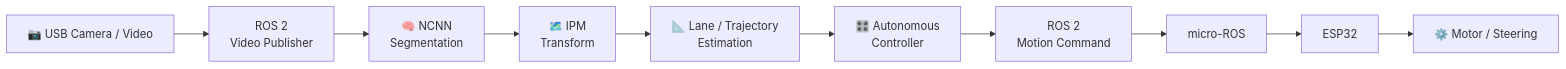
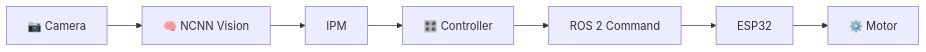
One commit to chanhuynguyen-ai/ROS-2-Micro-ROS-autonomous-robot-with-integrated-computer-vision changed the diagram in README.md. Above: the diagram before and after it, drawn with Mermaid. The commit also changed other lines of this file, not shown here.

````diff
--- a/README.md
+++ b/README.md
@@ -114,24 +68,18 @@
 ```mermaid
 flowchart LR
 
-    CAM["📷 USB Camera / Video"]
-    PUB["ROS 2<br/>Video Publisher"]
-    AI["🧠 NCNN<br/>Segmentation"]
-    IPM["🗺️ IPM<br/>Transform"]
-    NAV["📐 Lane / Trajectory<br/>Estimation"]
-    CTRL["🎛️ Autonomous<br/>Controller"]
-    CMD["ROS 2<br/>Motion Command"]
-    UROS["micro-ROS"]
-    ESP["ESP32"]
-    MOTOR["⚙️ Motor / Steering"]
+CAM["📷 Camera"]
+AI["🧠 NCNN Vision"]
+IPM["IPM"]
+CTRL["🎛️ Controller"]
+ROS["ROS 2 Command"]
+MCU["ESP32"]
+MOTOR["⚙️ Motor"]
 
-    CAM --> PUB
-    PUB --> AI
-    AI --> IPM
-    IPM --> NAV
-    NAV --> CTRL
-    CTRL --> CMD
-    CMD --> UROS
-    UROS --> ESP
-    ESP --> MOTOR
+CAM --> AI
+AI --> IPM
+IPM --> CTRL
+CTRL --> ROS
+ROS --> MCU
+MCU --> MOTOR
 ```
````
